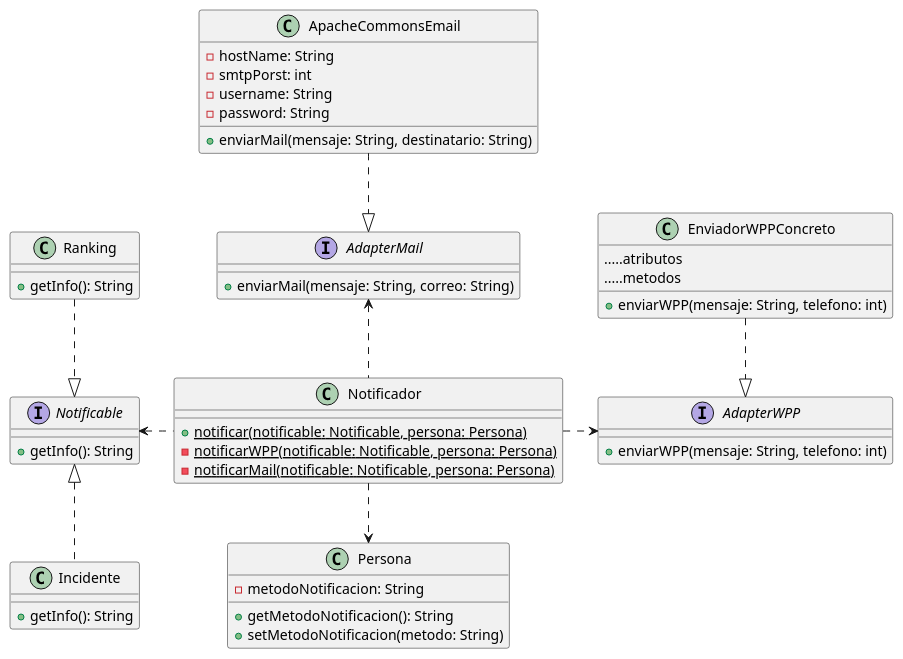
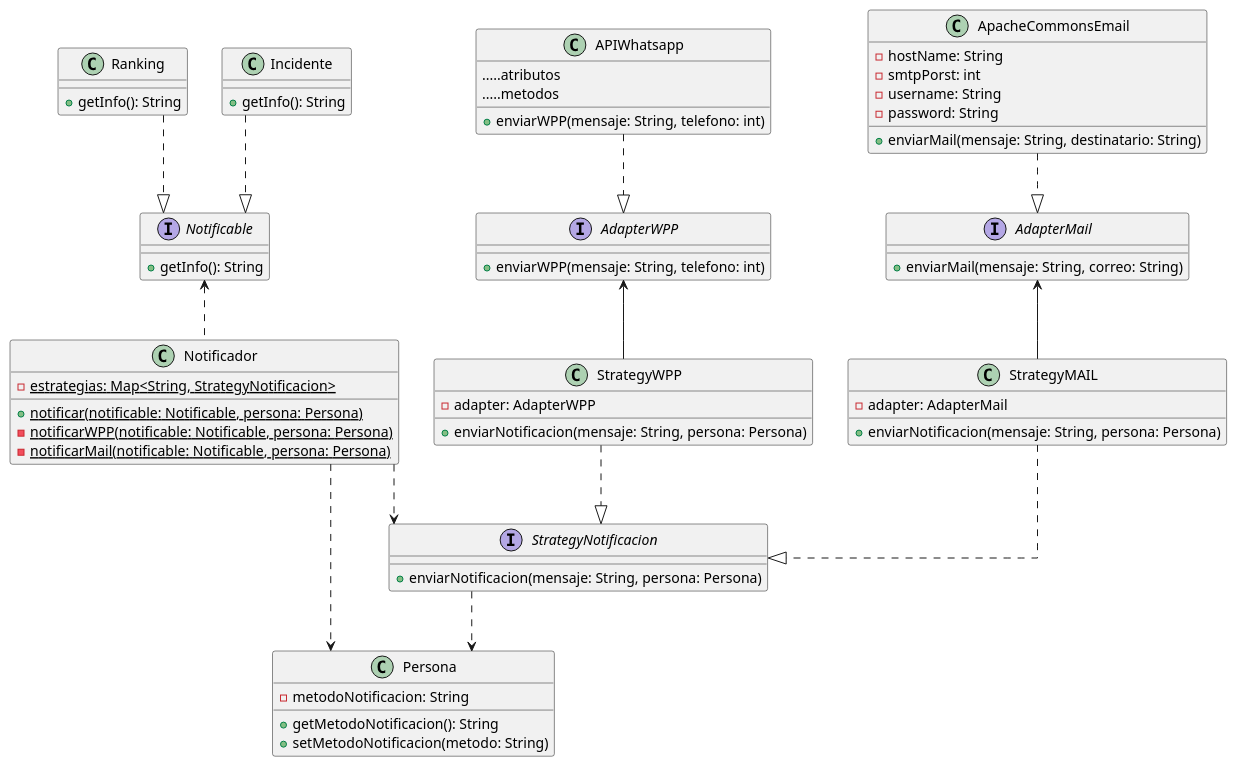
One commit to mbertogliati/dds-tpa changed the diagram in DC/dc-e3-notificador.puml. Above: the diagram before and after it, drawn with PlantUML.

Commit message:
Actualizo DC

```diff
--- a/DC/dc-e3-notificador.puml
+++ b/DC/dc-e3-notificador.puml
@@ -1,60 +1,74 @@
 @startuml
 skinparam linetype ortho
 
 class Persona{
     -metodoNotificacion: String
 
     +getMetodoNotificacion(): String
     +setMetodoNotificacion(metodo: String)
 }
 
 interface Notificable{
     +getInfo(): String
 }
 
 class Ranking{
     +getInfo(): String
 }
 class Incidente{
     +getInfo(): String
 }
-Ranking .down.|> Notificable
-Incidente .up.|> Notificable
+Ranking ..|> Notificable
+Incidente ..|> Notificable
 
 Notificador ..> Persona
-Notificador .left.> Notificable
+Notificador .up.> Notificable
 
 class Notificador{
+    {static}-estrategias: Map<String, StrategyNotificacion>
     {static}+notificar(notificable: Notificable, persona: Persona)
     {static}-notificarWPP(notificable: Notificable, persona: Persona)
     {static}-notificarMail(notificable: Notificable, persona: Persona)
 }
 
-Notificador .up.> AdapterMail
-Notificador .right.> AdapterWPP
-
 interface AdapterMail{
     +enviarMail(mensaje: String, correo: String)
 }
+interface StrategyNotificacion{
+    +enviarNotificacion(mensaje: String, persona: Persona)
+}
+Notificador ..> StrategyNotificacion
 
 class ApacheCommonsEmail{
     -hostName: String
     -smtpPorst: int
     -username: String
     -password: String
 
     +enviarMail(mensaje: String, destinatario: String)
 }
 ApacheCommonsEmail ..|> AdapterMail
 
 interface AdapterWPP{
     +enviarWPP(mensaje: String, telefono: int)
 }
-class EnviadorWPPConcreto{
+class StrategyWPP{
+-adapter: AdapterWPP
++enviarNotificacion(mensaje: String, persona: Persona)
+}
+class APIWhatsapp{
     .....atributos
     +enviarWPP(mensaje: String, telefono: int)
     .....metodos
 }
-EnviadorWPPConcreto ..|> AdapterWPP
-
+class StrategyMAIL{
+-adapter: AdapterMail
++enviarNotificacion(mensaje: String, persona: Persona)
+}
+StrategyNotificacion..>Persona
+APIWhatsapp..|>AdapterWPP
+StrategyMAIL ..|> StrategyNotificacion
+StrategyWPP ..|> StrategyNotificacion
+StrategyWPP -up-> AdapterWPP
+StrategyMAIL -up-> AdapterMail
 @enduml
```
